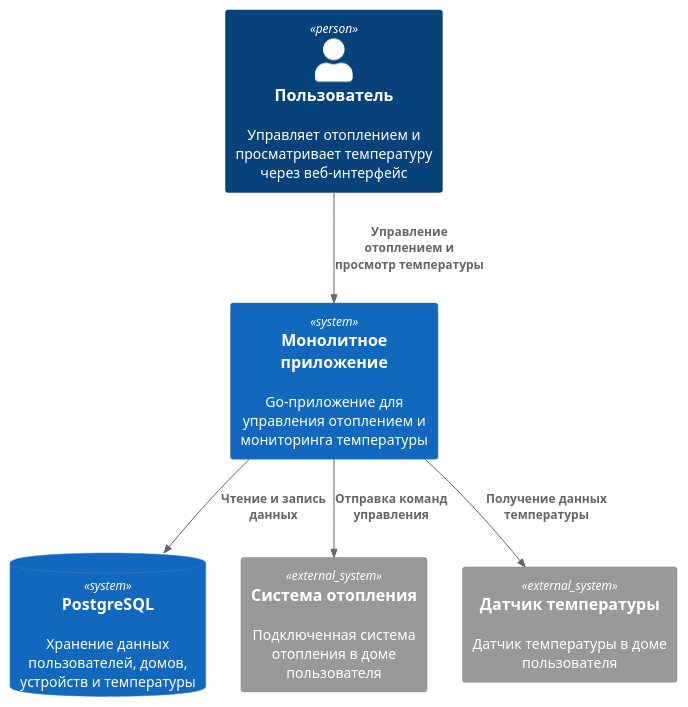
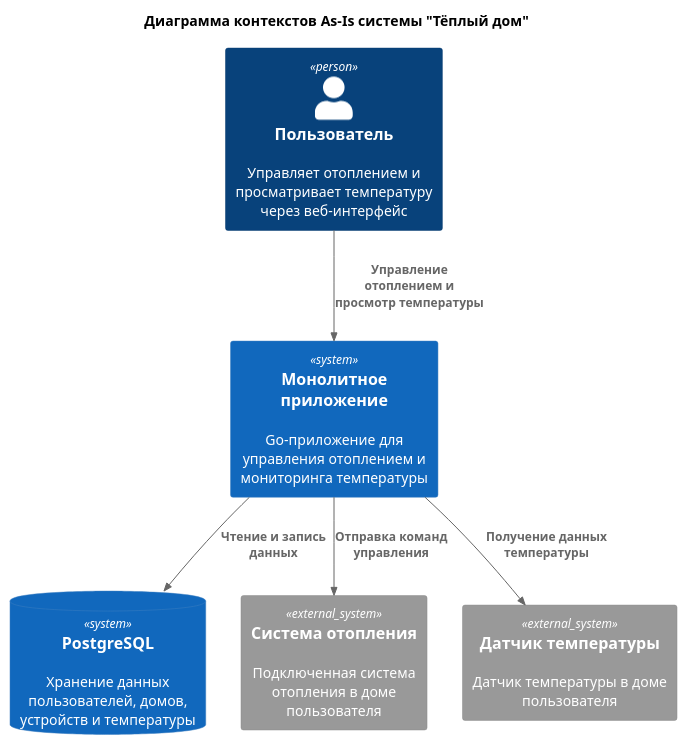
One commit to SilinKirill/sprint-1 changed the diagram in diagrams/as-is/context/context.puml. Above: the diagram before and after it, drawn with PlantUML. The commit also changed 10 other files, not shown here.

```diff
--- a/diagrams/as-is/context/context.puml
+++ b/diagrams/as-is/context/context.puml
@@ -1,19 +1,24 @@
 @startuml
-!include https://raw.githubusercontent.com/plantuml-stdlib/C4-PlantUML/master/C4_Context.puml
+
+title Диаграмма контекстов As-Is системы "Тёплый дом"
+
+top to bottom direction
+
+!includeurl https://raw.githubusercontent.com/plantuml-stdlib/C4-PlantUML/master/C4_Context.puml
 
 Person(user, "Пользователь", "Управляет отоплением и просматривает температуру через веб-интерфейс")
 
 System(smartHome, "Монолитное приложение", "Go-приложение для управления отоплением и мониторинга температуры")
 
 SystemDb(postgres, "PostgreSQL", "Хранение данных пользователей, домов, устройств и температуры")
 
 System_Ext(heating, "Система отопления", "Подключенная система отопления в доме пользователя")
 
 System_Ext(sensor, "Датчик температуры", "Датчик температуры в доме пользователя")
 
 Rel(user, smartHome, "Управление отоплением и просмотр температуры")
 Rel(smartHome, postgres, "Чтение и запись данных")
 Rel(smartHome, heating, "Отправка команд управления")
 Rel(smartHome, sensor, "Получение данных температуры")
 
 @enduml
```
